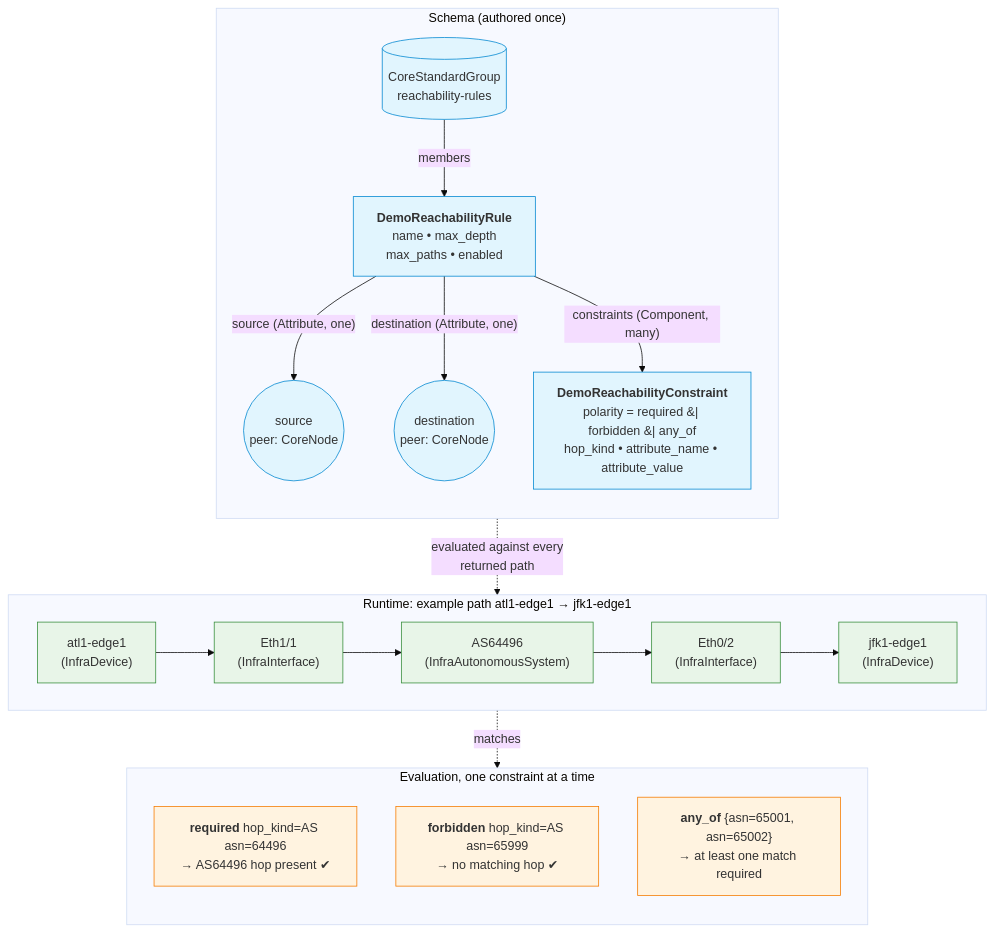
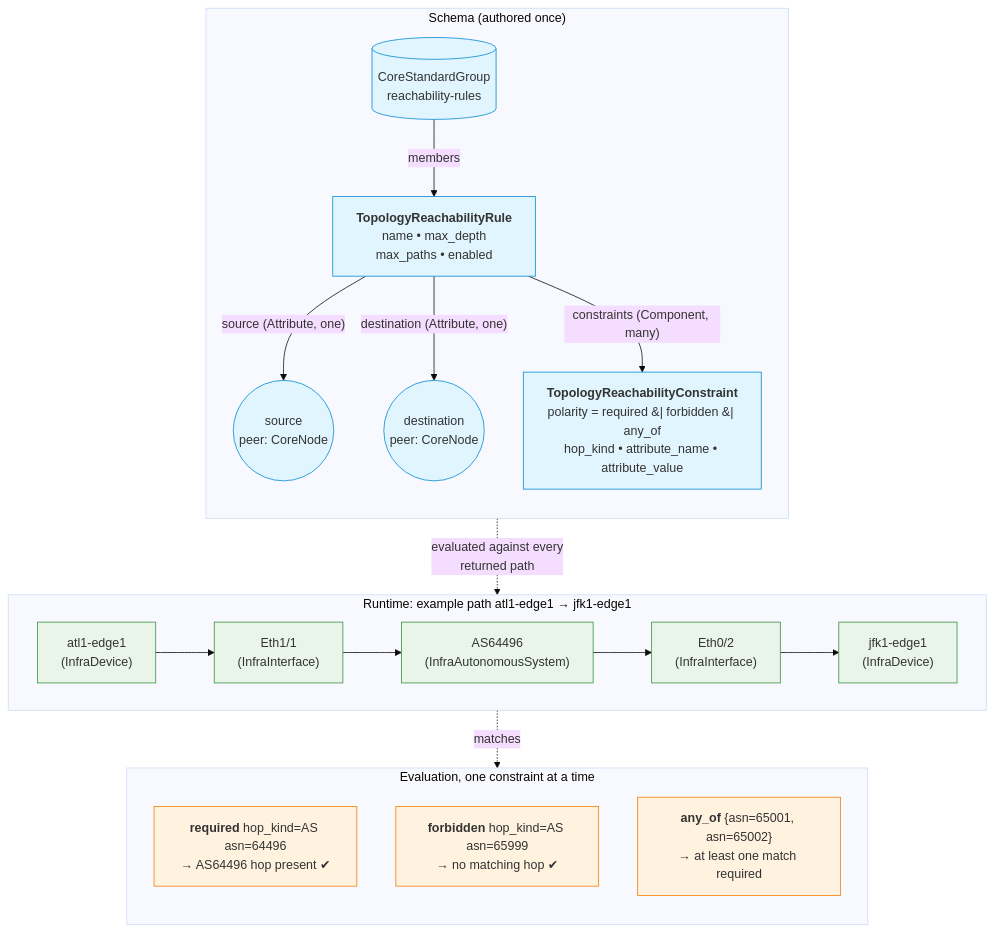
Before and after one commit to opsmill/infrahub-demo-reachability-check: the second of 2 diagrams in README.md, drawn with Mermaid (base theme). The commit also changed other lines of this file and 10 other files, not shown here.

````diff
--- a/README.md
+++ b/README.md
@@ -141,40 +141,40 @@
 ```mermaid
 graph TB
     subgraph SCH ["Schema (authored once)"]
         direction TB
         Group[("CoreStandardGroup<br/>reachability-rules")]
-        Rule["<b>DemoReachabilityRule</b><br/>name • max_depth<br/>max_paths • enabled"]
-        Constraint["<b>DemoReachabilityConstraint</b><br/>polarity = required &#124; forbidden &#124; any_of<br/>hop_kind • attribute_name • attribute_value"]
+        Rule["<b>TopologyReachabilityRule</b><br/>name • max_depth<br/>max_paths • enabled"]
+        Constraint["<b>TopologyReachabilityConstraint</b><br/>polarity = required &#124; forbidden &#124; any_of<br/>hop_kind • attribute_name • attribute_value"]
         Source(("source<br/>peer: CoreNode"))
         Dest(("destination<br/>peer: CoreNode"))
         Group -- members --> Rule
         Rule -- "source (Attribute, one)" --> Source
         Rule -- "destination (Attribute, one)" --> Dest
         Rule -- "constraints (Component, many)" --> Constraint
     end
 
     subgraph RUN ["Runtime: example path atl1-edge1 → jfk1-edge1"]
         direction LR
         H0["atl1-edge1<br/>(InfraDevice)"] --> H1["Eth1/1<br/>(InfraInterface)"]
         H1 --> H2["AS64496<br/>(InfraAutonomousSystem)"]
         H2 --> H3["Eth0/2<br/>(InfraInterface)"]
         H3 --> H4["jfk1-edge1<br/>(InfraDevice)"]
     end
 
     subgraph EVAL ["Evaluation, one constraint at a time"]
         direction TB
         Req["<b>required</b> hop_kind=AS asn=64496<br/>→ AS64496 hop present ✔"]
         Fbd["<b>forbidden</b> hop_kind=AS asn=65999<br/>→ no matching hop ✔"]
         Anyo["<b>any_of</b> {asn=65001, asn=65002}<br/>→ at least one match required"]
     end
 
     Constraint -. "evaluated against every<br/>returned path" .-> RUN
     H2 -. "matches" .-> Req
 
     classDef schema fill:#e1f5fe,stroke:#0288d1
     classDef runtime fill:#e8f5e8,stroke:#388e3c
     classDef eval fill:#fff3e0,stroke:#f57c00
     class Group,Rule,Constraint,Source,Dest schema
     class H0,H1,H2,H3,H4 runtime
     class Req,Fbd,Anyo eval
 ```
````
